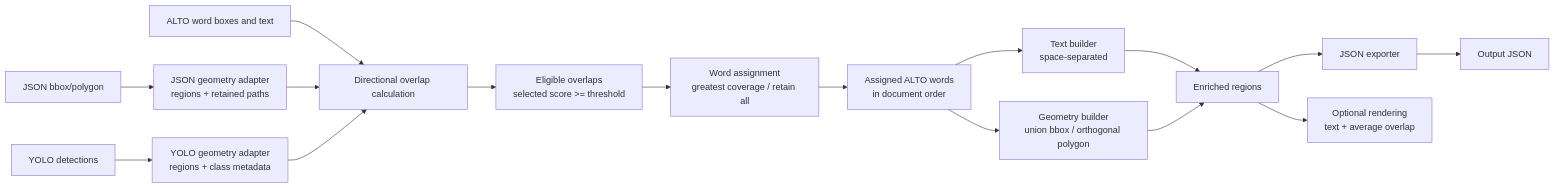
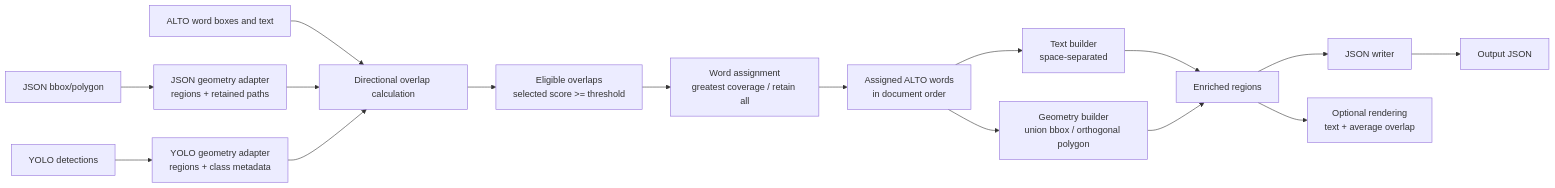
The second of 2 diagrams in README.md (DCGM/text-geometry-aligner), drawn with Mermaid before and after one commit. The commit also changed other lines of this file and 29 other files, not shown here.

````diff
--- a/README.md
+++ b/README.md
@@ -160,18 +160,18 @@
 ```mermaid
 flowchart LR
     J["JSON bbox/polygon"] --> GE["JSON geometry adapter<br/>regions + retained paths"]
     Y["YOLO detections"] --> YE["YOLO geometry adapter<br/>regions + class metadata"]
     A["ALTO word boxes and text"] --> OC["Directional overlap calculation"]
     GE --> OC
     YE --> OC
     OC --> WC["Eligible overlaps<br/>selected score >= threshold"]
     WC --> WA["Word assignment<br/>greatest coverage / retain all"]
     WA --> MW["Assigned ALTO words<br/>in document order"]
     MW --> TB["Text builder<br/>space-separated"]
     MW --> GB["Geometry builder<br/>union bbox / orthogonal polygon"]
     TB --> M["Enriched regions"]
     GB --> M
-    M --> JM["JSON exporter"]
+    M --> JM["JSON writer"]
     JM --> O["Output JSON"]
     M --> R["Optional rendering<br/>text + average overlap"]
 ```
````
